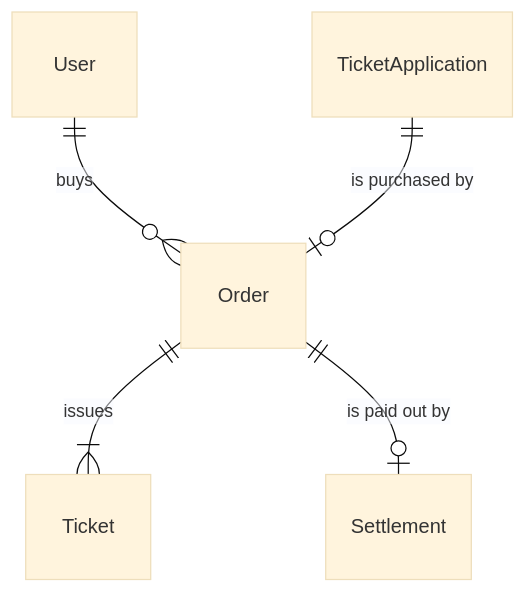
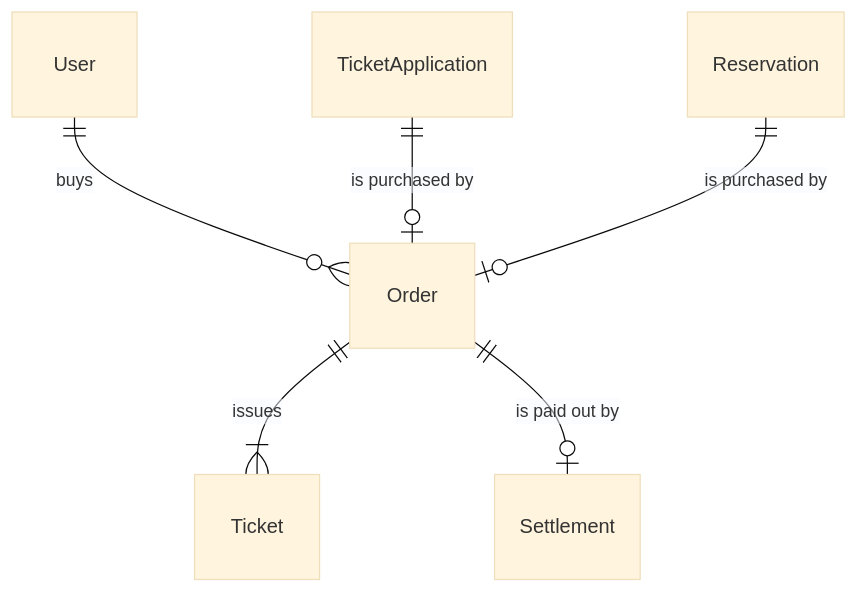
The first of 2 diagrams in openspec/specs/components/entity/order/spec.md (liverty-music/specification), drawn with Mermaid (base theme) before and after one commit. The commit also changed other lines of this file and 122 other files, not shown here.

````diff
--- a/openspec/specs/components/entity/order/spec.md
+++ b/openspec/specs/components/entity/order/spec.md
@@ -23,7 +24,8 @@
 ```mermaid
 erDiagram
   User ||--o{ Order : "buys"
   TicketApplication ||--o| Order : "is purchased by"
+  Reservation ||--o| Order : "is purchased by"
   Order ||--|{ Ticket : "issues"
   Order ||--o| Settlement : "is paid out by"
 ```
````
